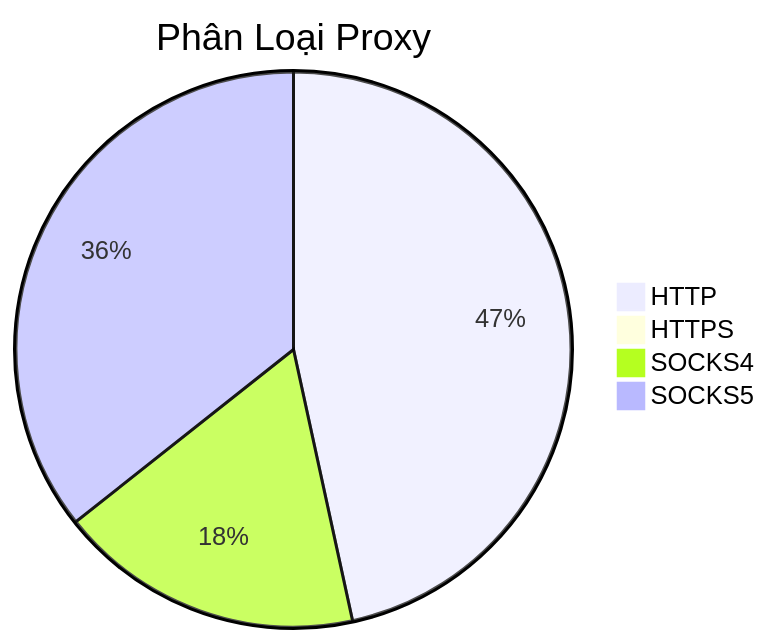
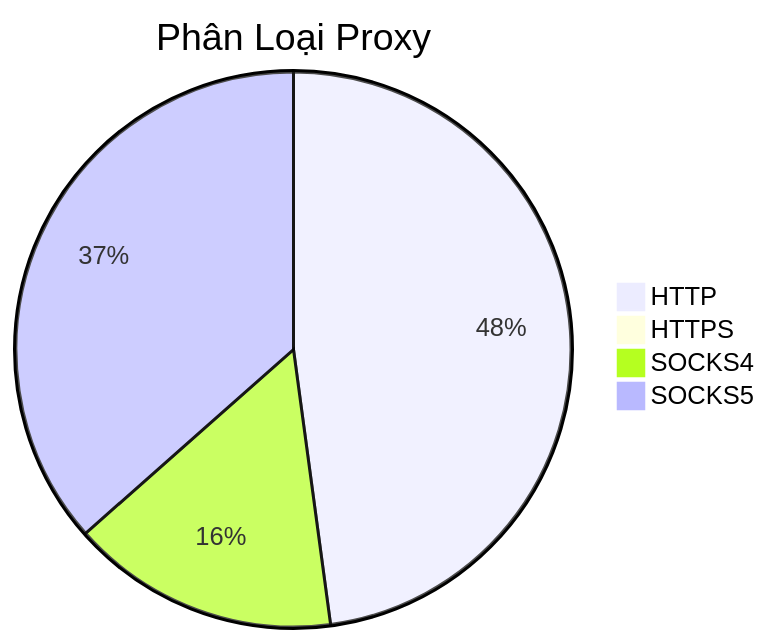
The diagram in README.md (Ciara-12/PROXY-free), drawn with Mermaid before and after one commit. The commit also changed other lines of this file and 4 other files, not shown here.

````diff
--- a/README.md
+++ b/README.md
@@ -26,7 +26,7 @@
 ```mermaid
 pie title Phân Loại Proxy
-    "HTTP" : 669
-    "HTTPS" : 0
-    "SOCKS4" : 255
-    "SOCKS5" : 512
+    "HTTP" : 886
+    "HTTPS" : 1
+    "SOCKS4" : 289
+    "SOCKS5" : 676
 ```
````
